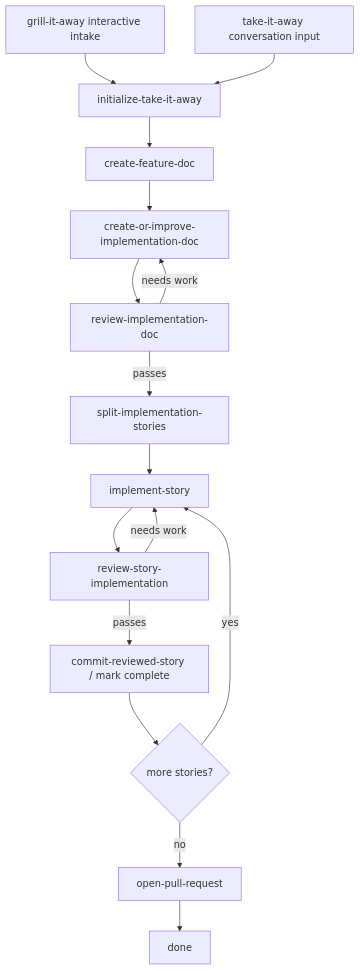
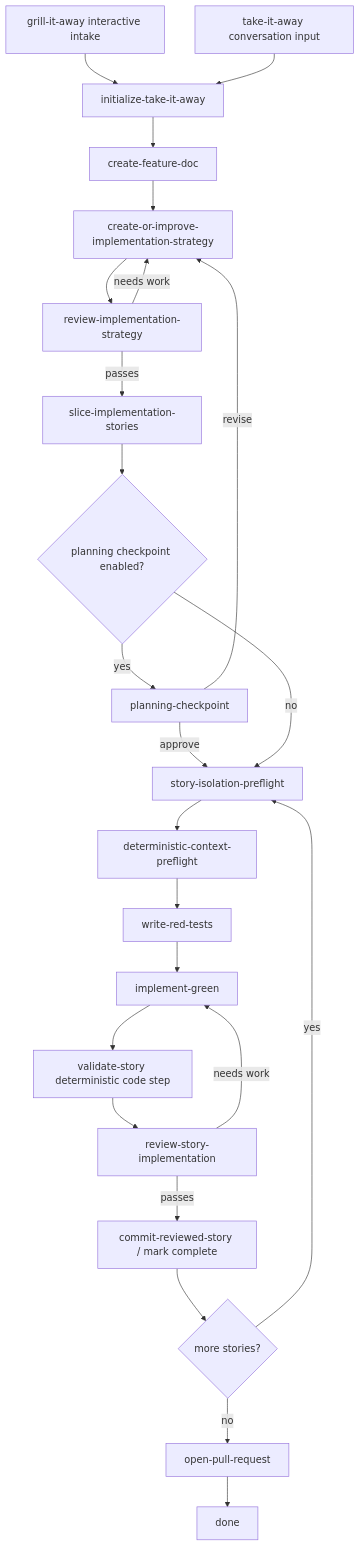
One commit to chily-john/TrailStep changed the diagram in packages/create-flows/README.md. Above: the diagram before and after it, drawn with Mermaid. The commit also changed other lines of this file and 48 other files, not shown here.

Commit message:
Upgrade create-flows planning pipeline

````diff
--- a/packages/create-flows/README.md
+++ b/packages/create-flows/README.md
@@ -81,18 +84,26 @@
 ```mermaid
 flowchart TD
   A[grill-it-away interactive intake] --> B1[initialize-take-it-away]
   B[take-it-away conversation input] --> B1
   B1 --> C[create-feature-doc]
-  C --> D[create-or-improve-implementation-doc]
-  D --> E[review-implementation-doc]
+  C --> D[create-or-improve-implementation-strategy]
+  D --> E[review-implementation-strategy]
   E -->|needs work| D
-  E -->|passes| F[split-implementation-stories]
-  F --> G[implement-story]
-  G --> H[review-story-implementation]
-  H -->|needs work| G
+  E -->|passes| F[slice-implementation-stories]
+  F --> P{planning checkpoint enabled?}
+  P -->|yes| Q[planning-checkpoint]
+  Q -->|approve| G[story-isolation-preflight]
+  Q -->|revise| D
+  P -->|no| G
+  G --> G2[deterministic-context-preflight]
+  G2 --> R[write-red-tests]
+  R --> S[implement-green]
+  S --> T[validate-story deterministic code step]
+  T --> H[review-story-implementation]
+  H -->|needs work| S
   H -->|passes| I[commit-reviewed-story / mark complete]
   I --> J{more stories?}
   J -->|yes| G
   J -->|no| K[open-pull-request]
   K --> L[done]
 ```
````
